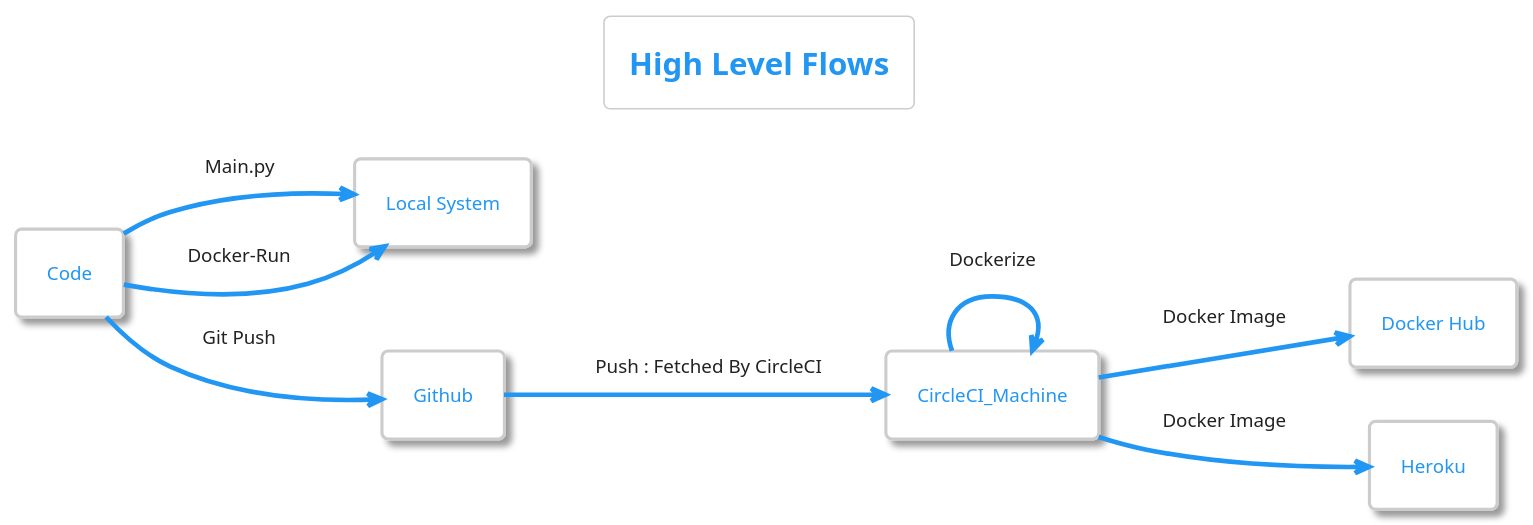
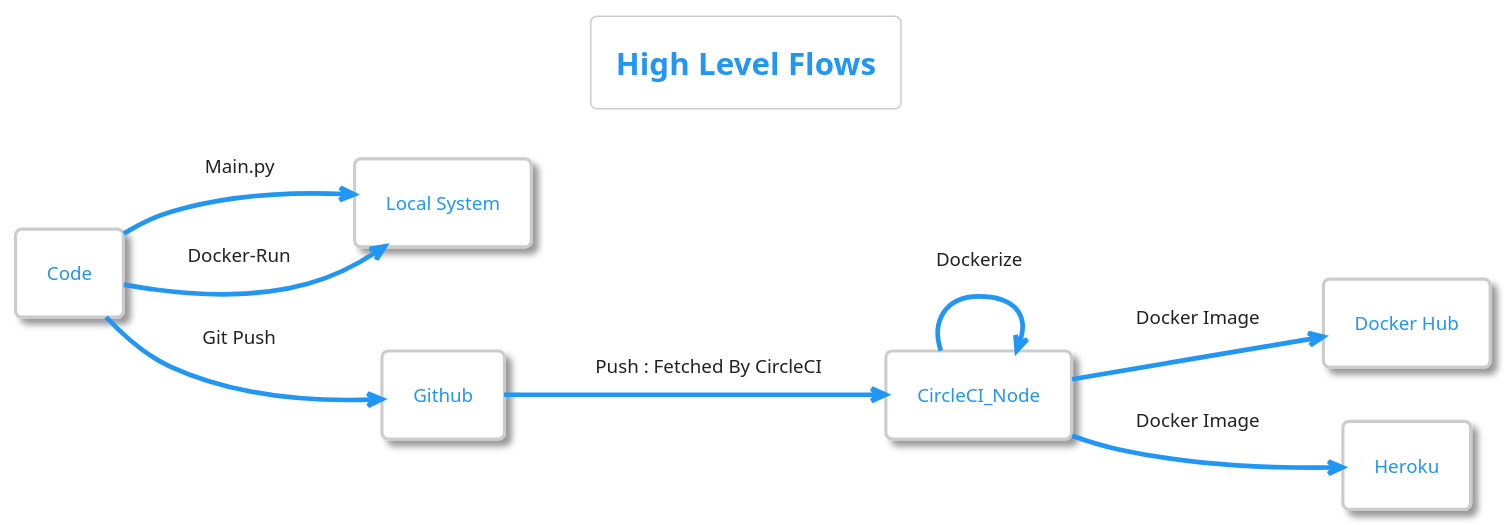
Before and after one commit to Samm-G/WaferFaultDetection_circleci_deploy: the diagram in docs/uml/High-Level-Flows.puml, drawn with PlantUML. The commit also changed 1 other file, not shown here.

Commit message:
Updated Uml High Level Diagram

```diff
--- a/docs/uml/High-Level-Flows.puml
+++ b/docs/uml/High-Level-Flows.puml
@@ -1,63 +1,63 @@
 @startuml Flow
 !theme materia
 skinparam defaultFontName Verdana
 ' (Alt+D to Preview in VSCode..)
 
 /'
 Check out:
 
 https://github.com/conda/conda/tree/master/docs/source/umls
 https://github.com/plantuml-stdlib/C4-PlantUML 
 
 Full Docs:
 https://plantuml.com/
 for more examples
 
 '/
 
 ' TODO: LATER EMBED THIS DIAGRAM IN RST..
 ' Check Conda Docs, How they have done this..
 
 left to right direction
 
 title High Level Flows
 
 ' skinparam sequenceMessageAlign center
 ' Alice -> Bob : Hi
 ' Bob -> Alice : This is very long
 /'
 (Code) -> (Local System)
 (Code) -> (Github)
 (Github) -> (CircleCI)
 (CircleCI) -> (Heroku) : Yaml-File
 '/
 'left to right direction
 'top to bottom direction
 
 
 
 rectangle Code
 rectangle "Local System" as Local_System
 rectangle Github
-rectangle CircleCI_Machine
+rectangle CircleCI_Node
 rectangle "Docker Hub" as Docker_Hub
 rectangle Heroku
 
 
 Code --> Local_System : Main.py
 Code --> Local_System : Docker-Run
 Code --> Github : Git Push
-Github --> CircleCI_Machine : Push : Fetched By CircleCI
-CircleCI_Machine --> CircleCI_Machine : Dockerize
-CircleCI_Machine --> Docker_Hub : Docker Image 
-CircleCI_Machine --> Heroku : Docker Image
+Github --> CircleCI_Node : Push : Fetched By CircleCI
+CircleCI_Node --> CircleCI_Node : Dockerize
+CircleCI_Node --> Docker_Hub : Docker Image 
+CircleCI_Node --> Heroku : Docker Image
 
 /'
 ' Class..
 class Example {
   Sam, Hii   
 }
 '/
 
 
 @enduml
```
